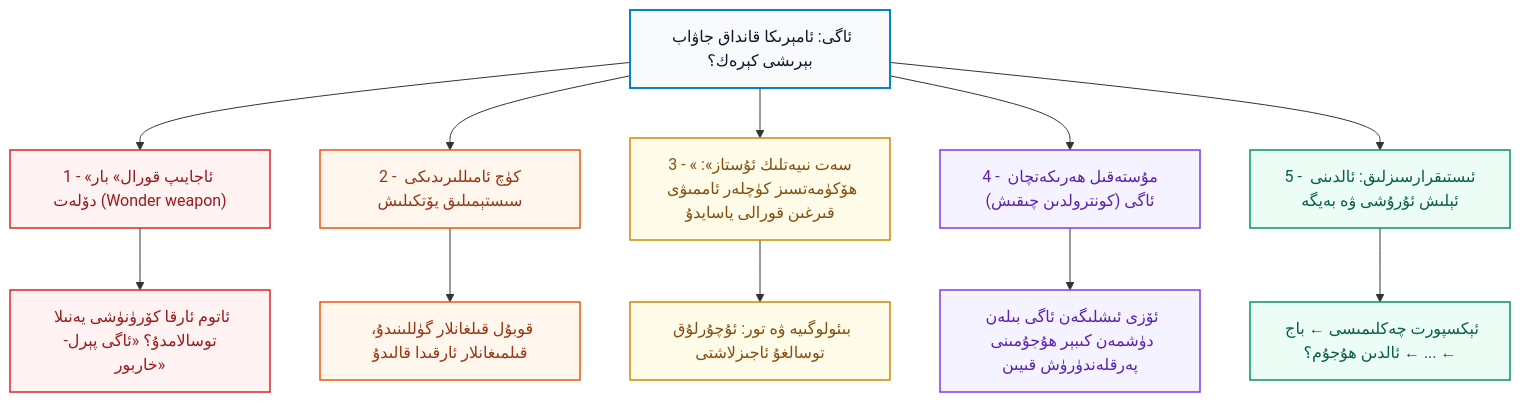
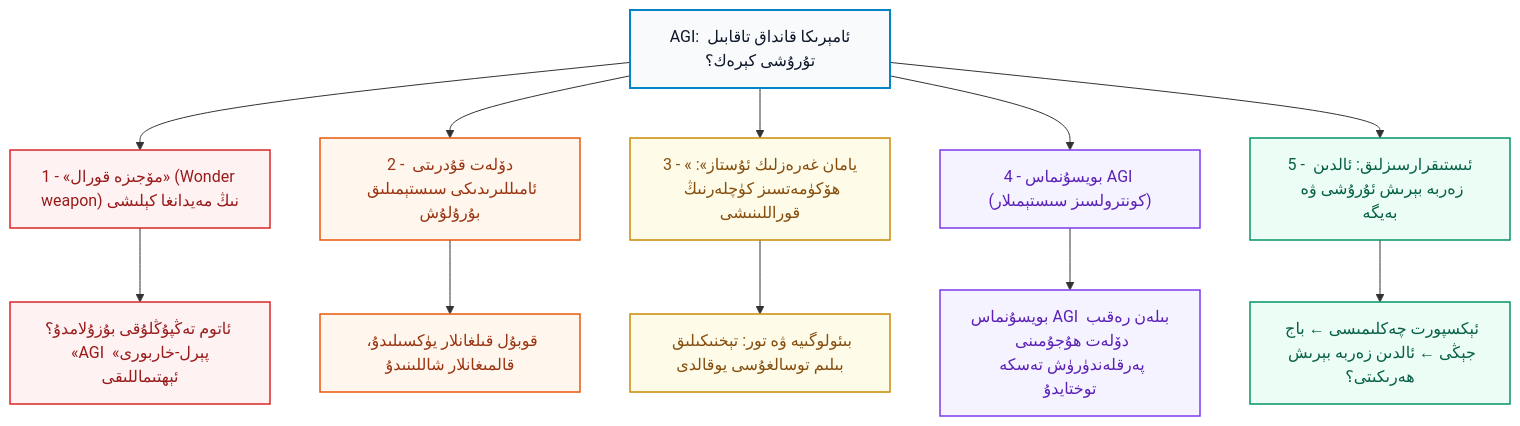
Before and after one commit to UyCoder/paydilar: the first of 4 diagrams in _posts/2026-10-26-RAND-AGI-Geosiyaset-Besh-Qiyin-Mesile.md, drawn with Mermaid. The commit also changed other lines of this file and 1 other file, not shown here.

Commit message:
edit: revise Xu Jianying rebuttal and RAND AGI geopolitics posts

````diff
--- a/_posts/2026-10-26-RAND-AGI-Geosiyaset-Besh-Qiyin-Mesile.md
+++ b/_posts/2026-10-26-RAND-AGI-Geosiyaset-Besh-Qiyin-Mesile.md
@@ -49,21 +50,21 @@
 ```mermaid
 flowchart TD
     classDef root fill:#f8fafc,stroke:#0284c7,stroke-width:2px,color:#0f172a;
     classDef p1 fill:#fef2f2,stroke:#dc2626,stroke-width:1.5px,color:#991b1b;
     classDef p2 fill:#fff7ed,stroke:#ea580c,stroke-width:1.5px,color:#9a3412;
     classDef p3 fill:#fefce8,stroke:#ca8a04,stroke-width:1.5px,color:#854d0e;
     classDef p4 fill:#f5f3ff,stroke:#7c3aed,stroke-width:1.5px,color:#5b21b6;
     classDef p5 fill:#ecfdf5,stroke:#059669,stroke-width:1.5px,color:#065f46;
 
-    R["ئاگى: ئامېرىكا قانداق جاۋاب بېرىشى كېرەك؟"]:::root
-    R --> A["1 - «ئاجايىپ قورال» بار دۆلەت (Wonder weapon)"]:::p1
-    R --> B["2 - كۈچ ئامىللىرىدىكى سىستېمىلىق يۆتكىلىش"]:::p2
-    R --> C["3 - «سەت نىيەتلىك ئۇستاز»: ھۆكۈمەتسىز كۈچلەر ئاممىۋى قىرغىن قورالى ياسايدۇ"]:::p3
-    R --> D["4 - مۇستەقىل ھەرىكەتچان ئاگى (كونترولدىن چىقىش)"]:::p4
-    R --> E["5 - ئىستىقرارسىزلىق: ئالدىنى ئېلىش ئۇرۇشى ۋە بەيگە"]:::p5
-    A --> A1["ئاتوم ئارقا كۆرۈنۈشى يەنىلا توسالامدۇ؟ «ئاگى پېرل-خاربور»"]:::p1
-    B --> B1["قوبۇل قىلغانلار گۈللىنىدۇ، قىلمىغانلار ئارقىدا قالىدۇ"]:::p2
-    C --> C1["بىئولوگىيە ۋە تور: ئۇچۇرلۇق توسالغۇ ئاجىزلاشتى"]:::p3
-    D --> D1["ئۆزى ئىشلىگەن ئاگى بىلەن دۈشمەن كىبېر ھۇجۇمىنى پەرقلەندۈرۈش قىيىن"]:::p4
-    E --> E1["ئېكسپورت چەكلىمىسى ← باج ← ... ← ئالدىن ھۇجۇم؟"]:::p5
+    R["AGI: ئامېرىكا قانداق تاقابىل تۇرۇشى كېرەك؟"]:::root
+    R --> A["1 - «مۆجىزە قورال» (Wonder weapon) نىڭ مەيدانغا كېلىشى"]:::p1
+    R --> B["2 - دۆلەت قۇدرىتى ئامىللىرىدىكى سىستېمىلىق بۇرۇلۇش"]:::p2
+    R --> C["3 - «يامان غەرەزلىك ئۇستاز»: ھۆكۈمەتسىز كۈچلەرنىڭ قوراللىنىشى"]:::p3
+    R --> D["4 - بويسۇنماس AGI (كونترولسىز سىستېمىلار)"]:::p4
+    R --> E["5 - ئىستىقرارسىزلىق: ئالدىن زەربە بېرىش ئۇرۇشى ۋە بەيگە"]:::p5
+    A --> A1["ئاتوم تەڭپۇڭلۇقى بۇزۇلامدۇ؟ «AGI پېرل-خاربورى» ئېھتىماللىقى"]:::p1
+    B --> B1["قوبۇل قىلغانلار يۈكسىلىدۇ، قالمىغانلار شاللىنىدۇ"]:::p2
+    C --> C1["بىئولوگىيە ۋە تور: تېخنىكىلىق بىلىم توسالغۇسى يوقالدى"]:::p3
+    D --> D1["بويسۇنماس AGI بىلەن رەقىب دۆلەت ھۇجۇمىنى پەرقلەندۈرۈش تەسكە توختايدۇ"]:::p4
+    E --> E1["ئېكسپورت چەكلىمىسى ← باج جېڭى ← ئالدىن زەربە بېرىش ھەرىكىتى؟"]:::p5
 ```
````
